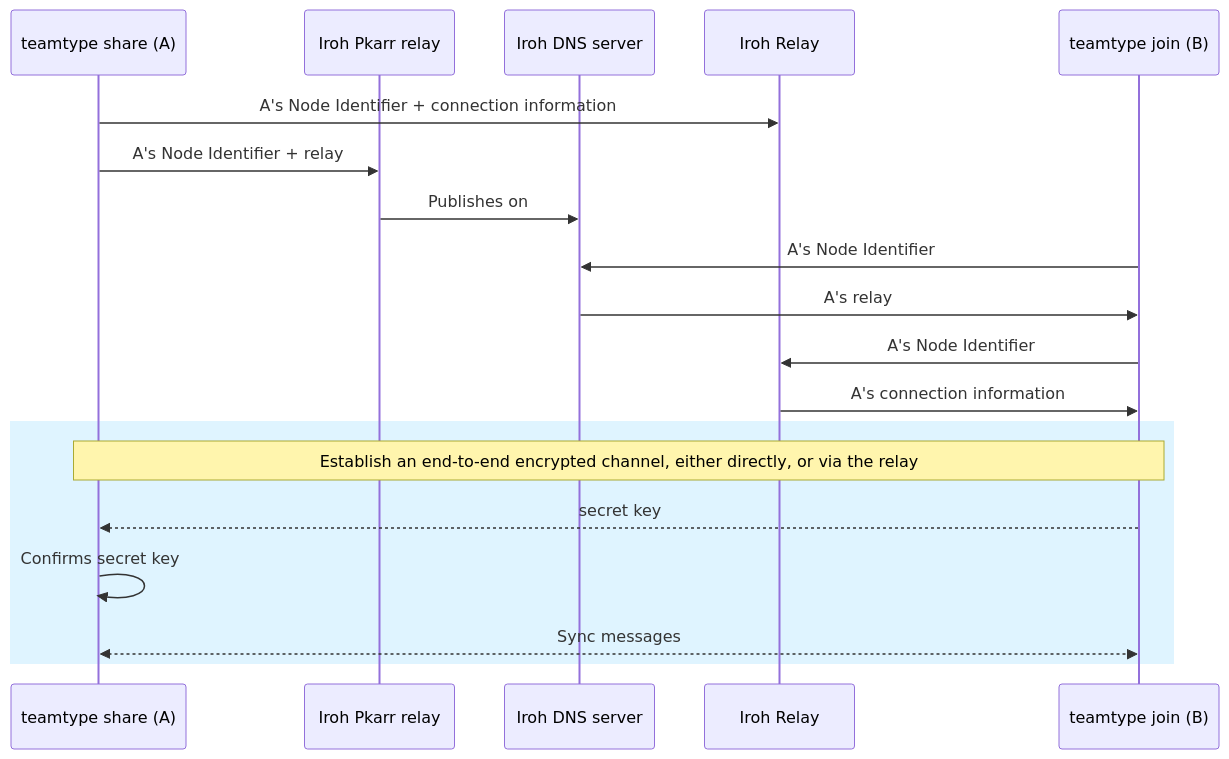
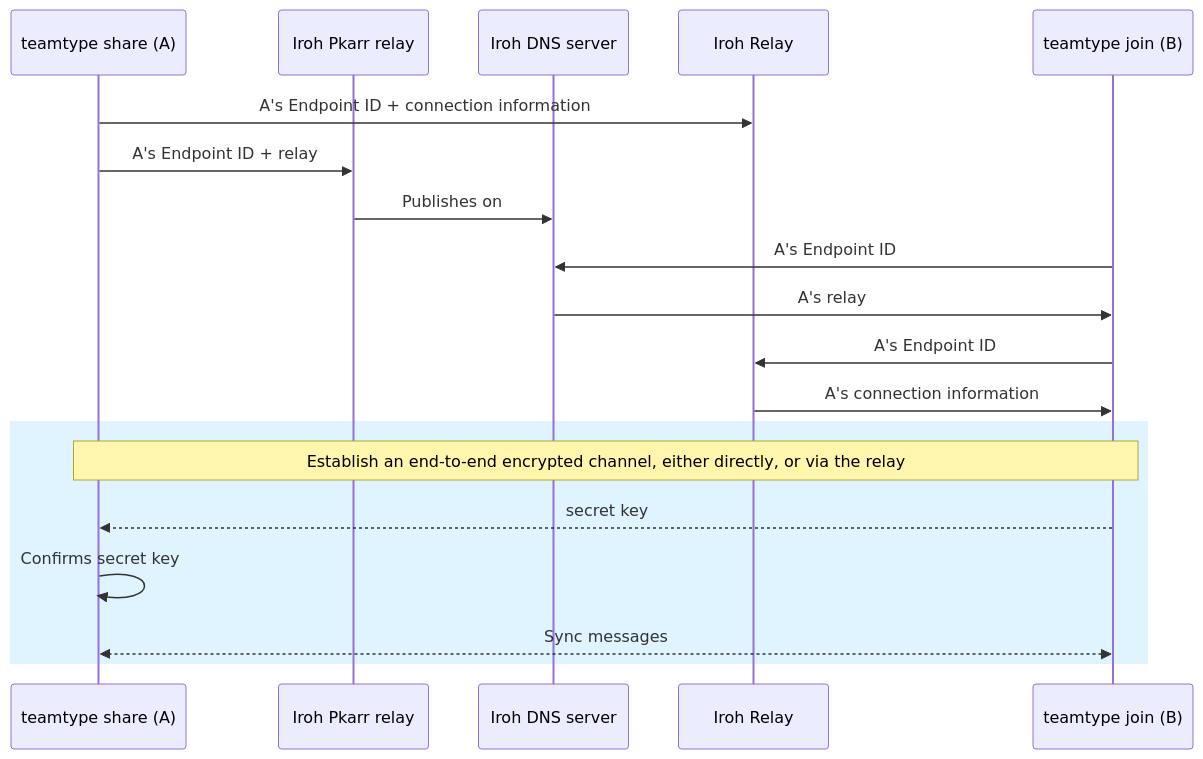
One commit to teamtype/teamtype changed the second of 3 diagrams in book/src/connection-making.md. Above: the diagram before and after it, drawn with Mermaid. The commit also changed other lines of this file and 1 other file, not shown here.

Commit message:
docs(book): Iroh now uses the term "endpoint" instead of "node"

````diff
--- a/book/src/connection-making.md
+++ b/book/src/connection-making.md
@@ -44,21 +44,21 @@
 ```mermaid
 sequenceDiagram
 participant A as teamtype share (A)
 participant Ip as Iroh Pkarr relay
 participant Id as Iroh DNS server
 participant Ir as Iroh Relay
 participant B as teamtype join (B)
-A->>Ir: A's Node Identifier + connection information
-A->>Ip: A's Node Identifier + relay
+A->>Ir: A's Endpoint ID + connection information
+A->>Ip: A's Endpoint ID + relay
 Ip->>Id: Publishes on
-B->>Id: A's Node Identifier
+B->>Id: A's Endpoint ID
 Id->>B: A's relay
-B->>Ir: A's Node Identifier
+B->>Ir: A's Endpoint ID
 Ir->>B: A's connection information
 rect rgba(191,233,255,0.5)
 note over A,B: Establish an end-to-end encrypted channel, either directly, or via the relay
 B-->>A: secret key
 A->>A: Confirms secret key
 A<<-->>B: Sync messages
 end
 ```
````
